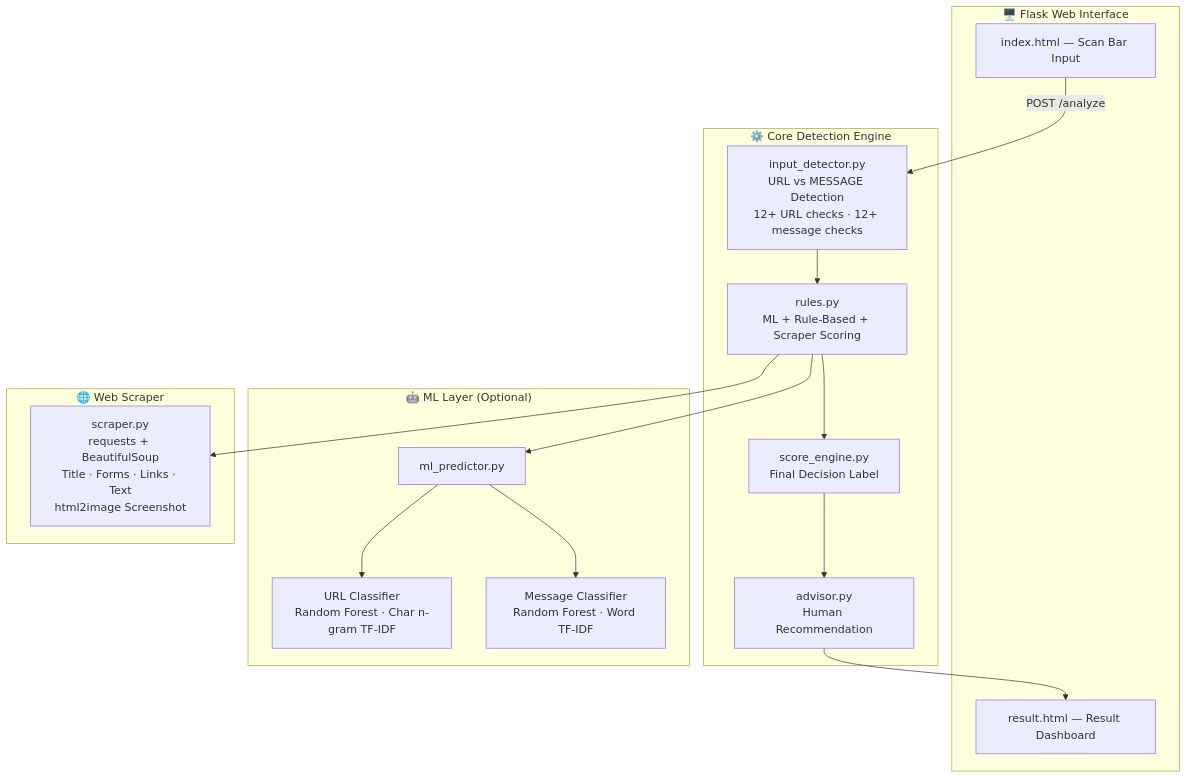
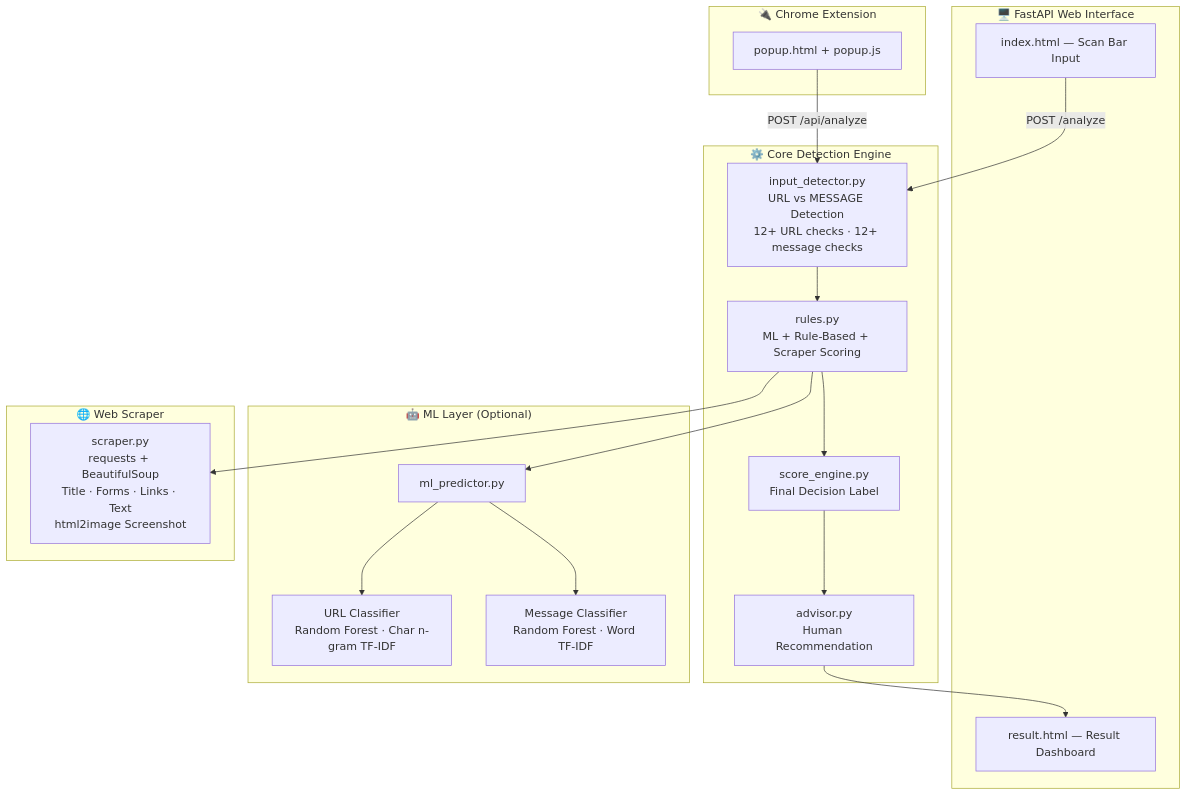
The first of 5 diagrams in README.md (Sreelakshmi-K-S/SecureAssist), drawn with Mermaid before and after one commit. The commit also changed other lines of this file, not shown here.

Commit message:
Update README: fix tech stack (FastAPI), add extension section, team division

````diff
--- a/README.md
+++ b/README.md
@@ -38,33 +40,38 @@
 ```mermaid
 graph TB
-    subgraph UI["🖥️ Flask Web Interface"]
+    subgraph UI["🖥️ FastAPI Web Interface"]
         INDEX["index.html — Scan Bar Input"]
         RESULT["result.html — Result Dashboard"]
+    end
+
+    subgraph EXT["🔌 Chrome Extension"]
+        POPUP["popup.html + popup.js"]
     end
 
     subgraph CORE["⚙️ Core Detection Engine"]
         ID["input_detector.py\nURL vs MESSAGE Detection\n12+ URL checks · 12+ message checks"]
         RB["rules.py\nML + Rule-Based + Scraper Scoring"]
         SE["score_engine.py\nFinal Decision Label"]
         ADV["advisor.py\nHuman Recommendation"]
     end
 
     subgraph ML["🤖 ML Layer (Optional)"]
         MLP["ml_predictor.py"]
         URLM["URL Classifier\nRandom Forest · Char n-gram TF-IDF"]
         MSGM["Message Classifier\nRandom Forest · Word TF-IDF"]
         MLP --> URLM & MSGM
     end
 
     subgraph SCRAPER["🌐 Web Scraper"]
         SC["scraper.py\nrequests + BeautifulSoup\nTitle · Forms · Links · Text\nhtml2image Screenshot"]
     end
 
     INDEX -->|POST /analyze| ID
+    POPUP -->|POST /api/analyze| ID
     ID --> RB
     RB --> MLP
     RB --> SC
     RB --> SE
     SE --> ADV
     ADV --> RESULT
 ```
````
